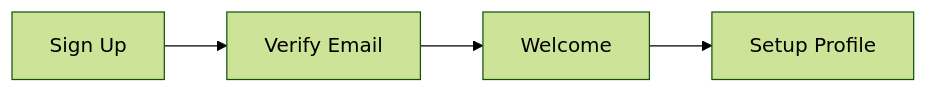
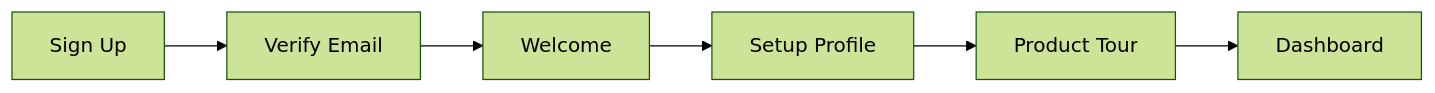
One commit to rubenmango/mermaid-bot-sandbox changed the diagram in onboarding.mmd. Above: the diagram before and after it, drawn with Mermaid (forest theme).

Commit message:
Extend onboarding flow with tour and dashboard

```diff
--- a/onboarding.mmd
+++ b/onboarding.mmd
@@ -1,4 +1,6 @@
 flowchart LR
     A[Sign Up] --> B[Verify Email]
     B --> C[Welcome]
     C --> Profile[Setup Profile]
+    Profile --> Tour[Product Tour]
+    Tour --> Done[Dashboard]
```
